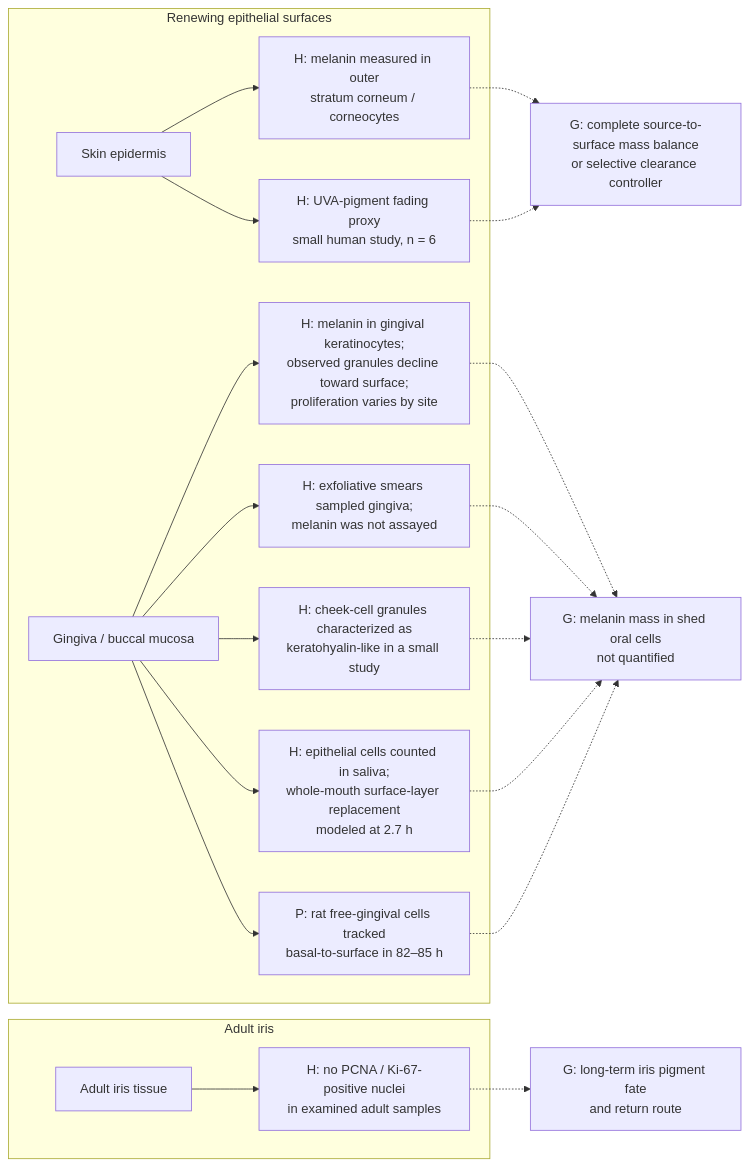
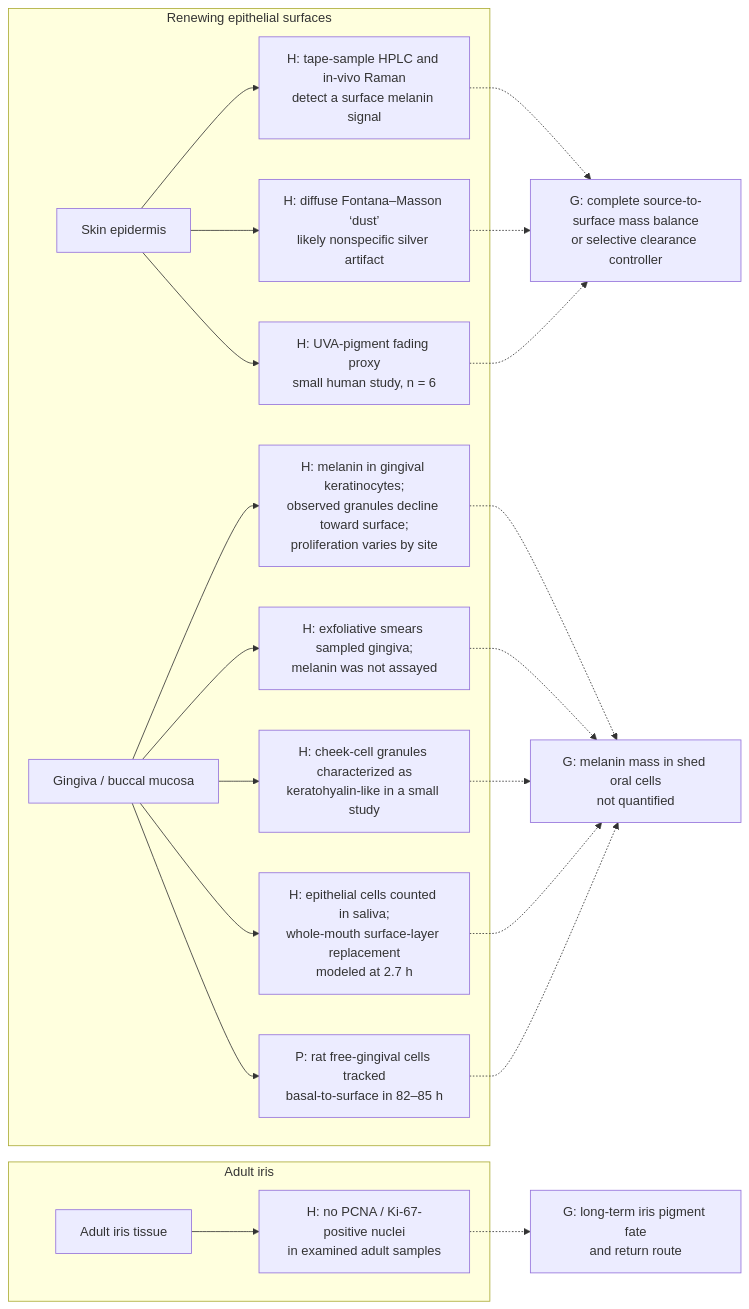
One commit to dylanstechmann/iris-color-without-contacts changed the fifth of 38 diagrams in research/tissue-pigment-atlas.md. Above: the diagram before and after it, drawn with Mermaid. The commit also changed other lines of this file, not shown here.

Commit message:
Clarify skin surface melanin evidence and staining artifact

````diff
--- a/research/tissue-pigment-atlas.md
+++ b/research/tissue-pigment-atlas.md
@@ -139,23 +139,25 @@
 ```mermaid
 flowchart LR
     subgraph surfaces["Renewing epithelial surfaces"]
-        Skin["Skin epidermis"] --> SkinEvidence["H: melanin measured in outer<br/>stratum corneum / corneocytes"]
+        Skin["Skin epidermis"] --> SkinEvidence["H: tape-sample HPLC and in-vivo Raman<br/>detect a surface melanin signal"]
+        Skin --> SkinStain["H: diffuse Fontana–Masson ‘dust’<br/>likely nonspecific silver artifact"]
         Skin --> SkinProxy["H: UVA-pigment fading proxy<br/>small human study, n = 6"]
         Oral["Gingiva / buccal mucosa"] --> OralEvidence["H: melanin in gingival keratinocytes;<br/>observed granules decline toward surface;<br/>proliferation varies by site"]
         Oral --> ShedCellEvidence["H: exfoliative smears sampled gingiva;<br/>melanin was not assayed"]
         Oral --> ShedGranuleEvidence["H: cheek-cell granules characterized as<br/>keratohyalin-like in a small study"]
         Oral --> OralShedding["H: epithelial cells counted in saliva;<br/>whole-mouth surface-layer replacement<br/>modeled at 2.7 h"]
         Oral --> RatTransit["P: rat free-gingival cells tracked<br/>basal-to-surface in 82–85 h"]
     end
     subgraph iris["Adult iris"]
         Iris["Adult iris tissue"] --> IrisEvidence["H: no PCNA / Ki-67-positive nuclei<br/>in examined adult samples"]
     end
     SkinEvidence -.-> SkinGap
+    SkinStain -.-> SkinGap
     SkinProxy -.-> SkinGap["G: complete source-to-surface mass balance<br/>or selective clearance controller"]
     OralEvidence -.-> OralGap["G: melanin mass in shed oral cells<br/>not quantified"]
     ShedCellEvidence -.-> OralGap
     ShedGranuleEvidence -.-> OralGap
     OralShedding -.-> OralGap
     RatTransit -.-> OralGap
     IrisEvidence -.-> IrisGap["G: long-term iris pigment fate<br/>and return route"]
 ```
````
